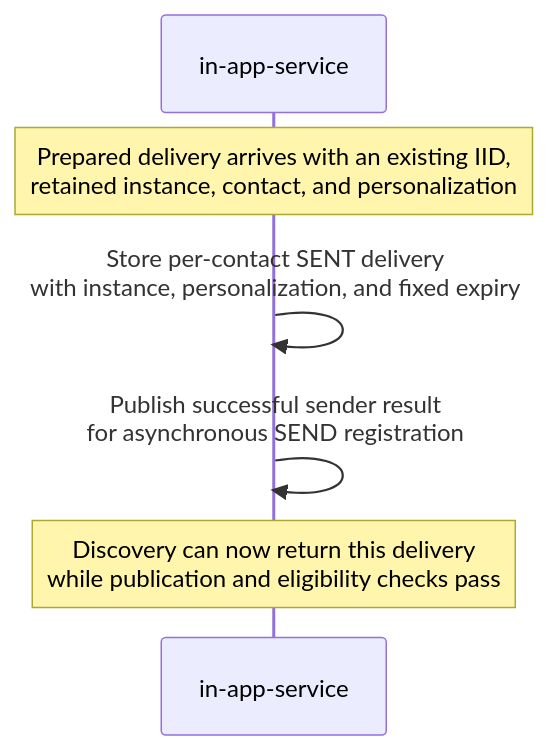
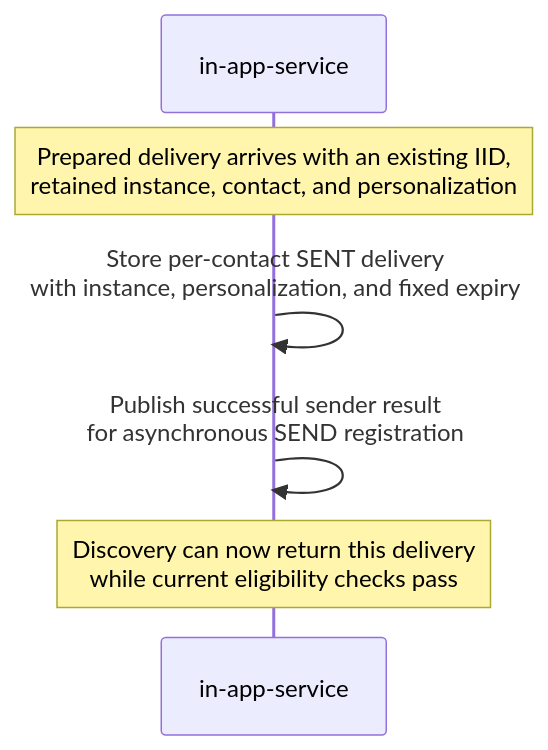
The third of 3 diagrams in docs/in-app-workflow/README.md (reteno-com/reteno-mobile-android-sdk), drawn with Mermaid before and after one commit. The commit also changed other lines of this file, not shown here.

First line of the commit message:
docs(reteno-mobile-android-sdk): align InApp backend eligibility

````diff
--- a/docs/in-app-workflow/README.md
+++ b/docs/in-app-workflow/README.md
@@ -813,8 +817,8 @@
 ```mermaid
 sequenceDiagram
     participant I as in-app-service
     Note over I: Prepared delivery arrives with an existing IID,<br/>retained instance, contact, and personalization
     I->>I: Store per-contact SENT delivery<br/>with instance, personalization, and fixed expiry
     I->>I: Publish successful sender result<br/>for asynchronous SEND registration
-    Note over I: Discovery can now return this delivery<br/>while publication and eligibility checks pass
+    Note over I: Discovery can now return this delivery<br/>while current eligibility checks pass
 ```
````
